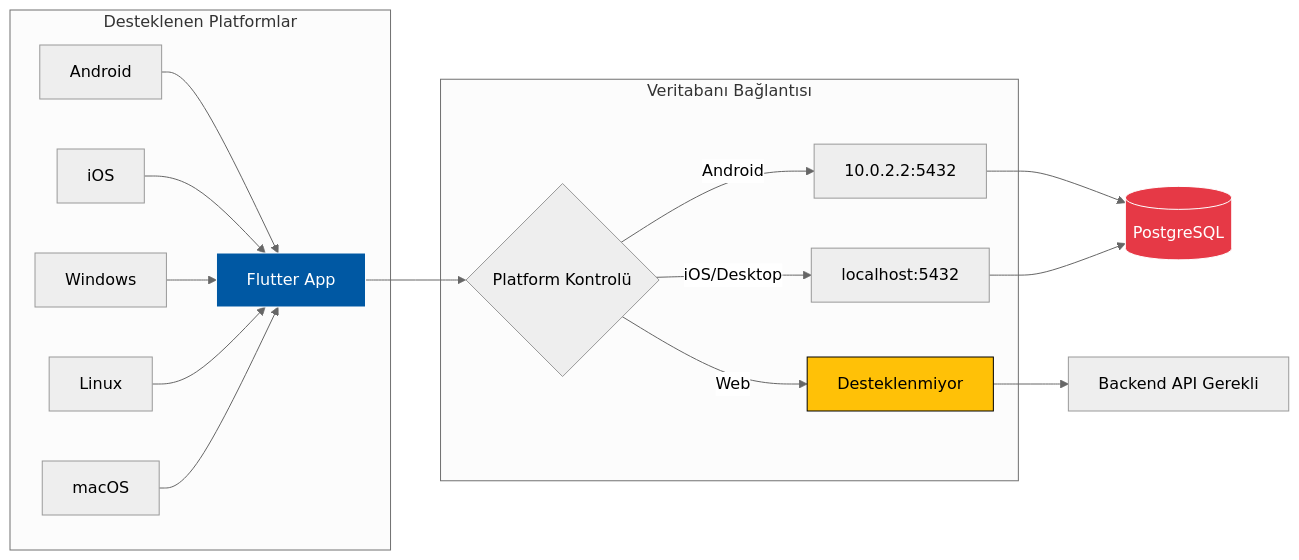
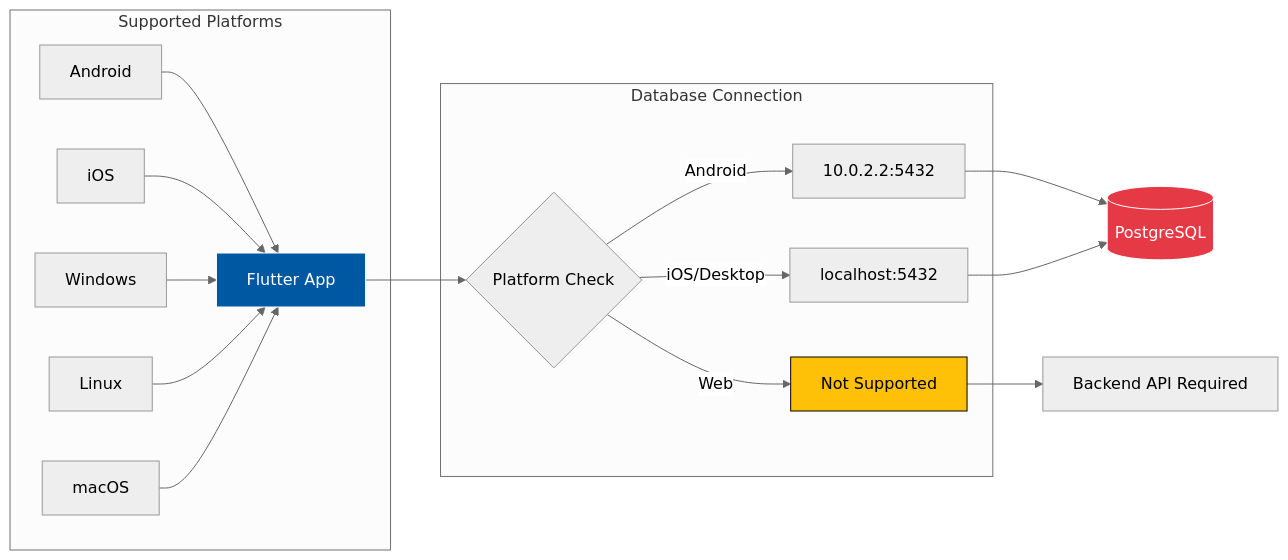
Before and after one commit to diclebolek/E_Lab_System: the fifth of 5 diagrams in README.md, drawn with Mermaid (neutral theme). The commit also changed other lines of this file, not shown here.

Commit message:
Mermaid diyagramlarÄ± GitHub uyumluluÄŸu iÃ§in dÃ¼zeltildi

````diff
--- a/README.md
+++ b/README.md
@@ -481,25 +481,25 @@
 ```mermaid
 graph LR
-    subgraph "Desteklenen Platformlar"
+    subgraph Platforms["Supported Platforms"]
         A[Android] --> D[Flutter App]
         B[iOS] --> D
         C[Windows] --> D
         E[Linux] --> D
         F[macOS] --> D
     end
     
-    subgraph "Veritabanı Bağlantısı"
-        D --> G{Platform Kontrolü}
+    subgraph DB["Database Connection"]
+        D --> G{Platform Check}
         G -->|Android| H[10.0.2.2:5432]
         G -->|iOS/Desktop| I[localhost:5432]
-        G -->|Web| J[Desteklenmiyor]
+        G -->|Web| J[Not Supported]
     end
     
     H --> K[(PostgreSQL)]
     I --> K
-    J --> L[Backend API Gerekli]
+    J --> L[Backend API Required]
     
     style D fill:#0058A3,stroke:#fff,color:#fff
     style K fill:#E63946,stroke:#fff,color:#fff
     style J fill:#ffc107,stroke:#000,color:#000
 ```
````
